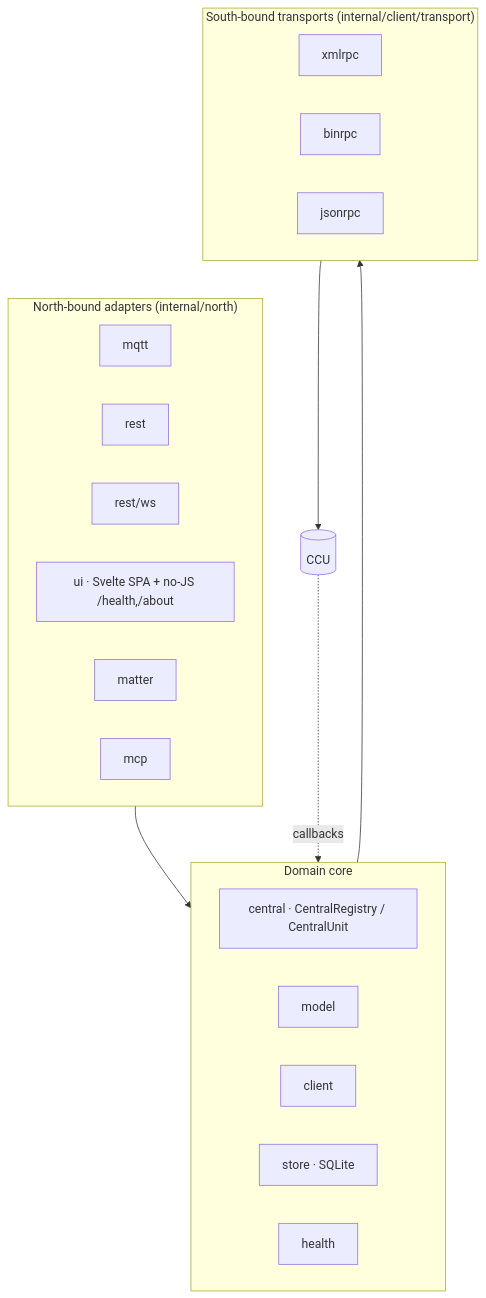
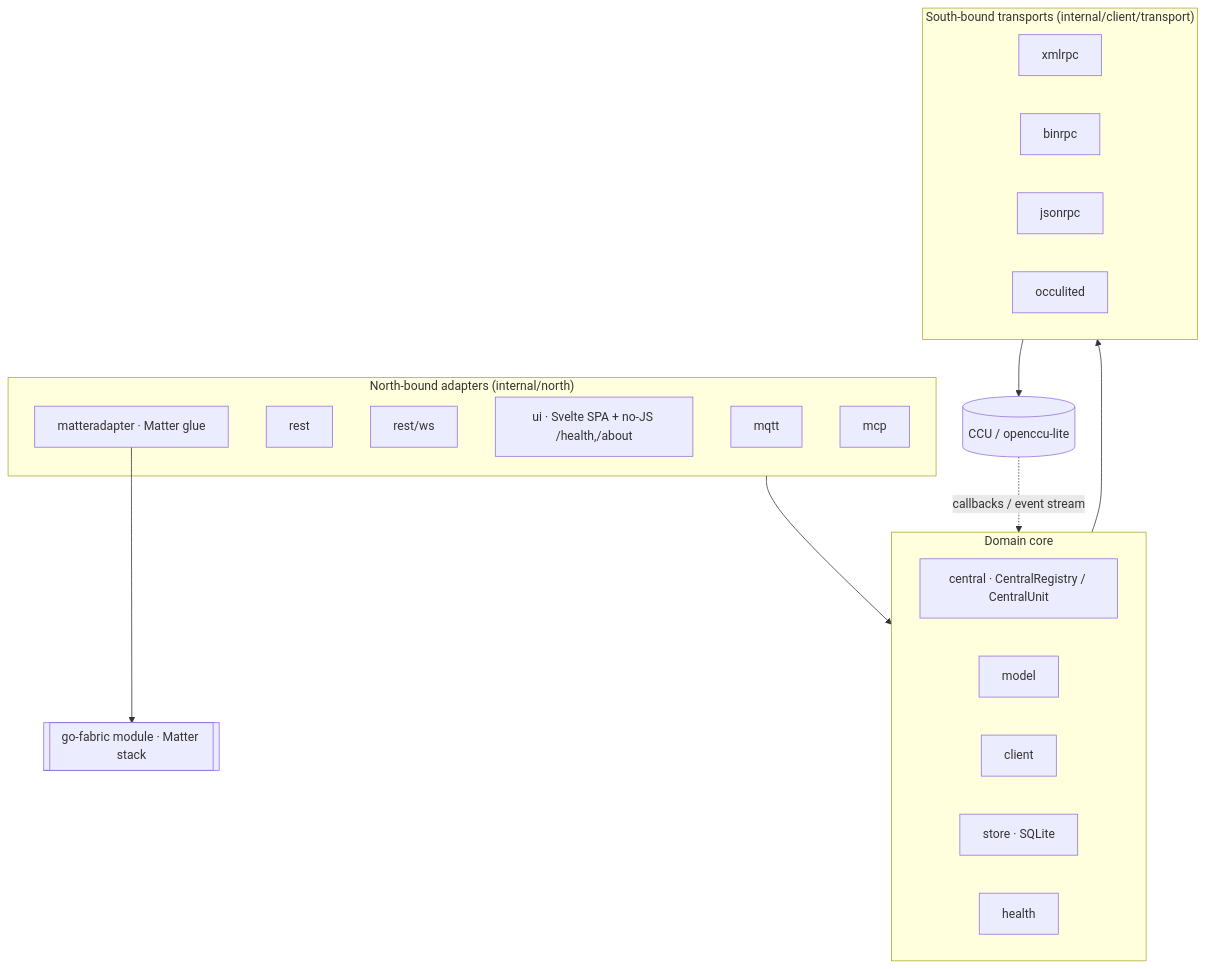
The first of 2 diagrams in docs/developer/architecture.md (SukramJ/openccu-loom), drawn with Mermaid before and after one commit. The commit also changed other lines of this file and 8 other files, not shown here.

````diff
--- a/docs/developer/architecture.md
+++ b/docs/developer/architecture.md
@@ -12,29 +12,32 @@
 ```mermaid
 flowchart TB
     subgraph North["North-bound adapters (internal/north)"]
         mqtt[mqtt]
         rest[rest]
         ws[rest/ws]
         ui[ui · Svelte SPA + no-JS /health,/about]
-        matter[matter]
+        matteradapter[matteradapter · Matter glue]
         mcp[mcp]
     end
     subgraph Core["Domain core"]
         central[central · CentralRegistry / CentralUnit]
         model[model]
         client[client]
         store[store · SQLite]
         health[health]
     end
     subgraph South["South-bound transports (internal/client/transport)"]
         xmlrpc[xmlrpc]
         binrpc[binrpc]
         jsonrpc[jsonrpc]
+        occulited[occulited]
     end
-    ccu[(CCU)]
+    fabric[[go-fabric module · Matter stack]]
+    ccu[(CCU / openccu-lite)]
 
     North --> Core
+    matteradapter --> fabric
     Core --> South
     South --> ccu
-    ccu -. callbacks .-> Core
+    ccu -. callbacks / event stream .-> Core
 ```
````
